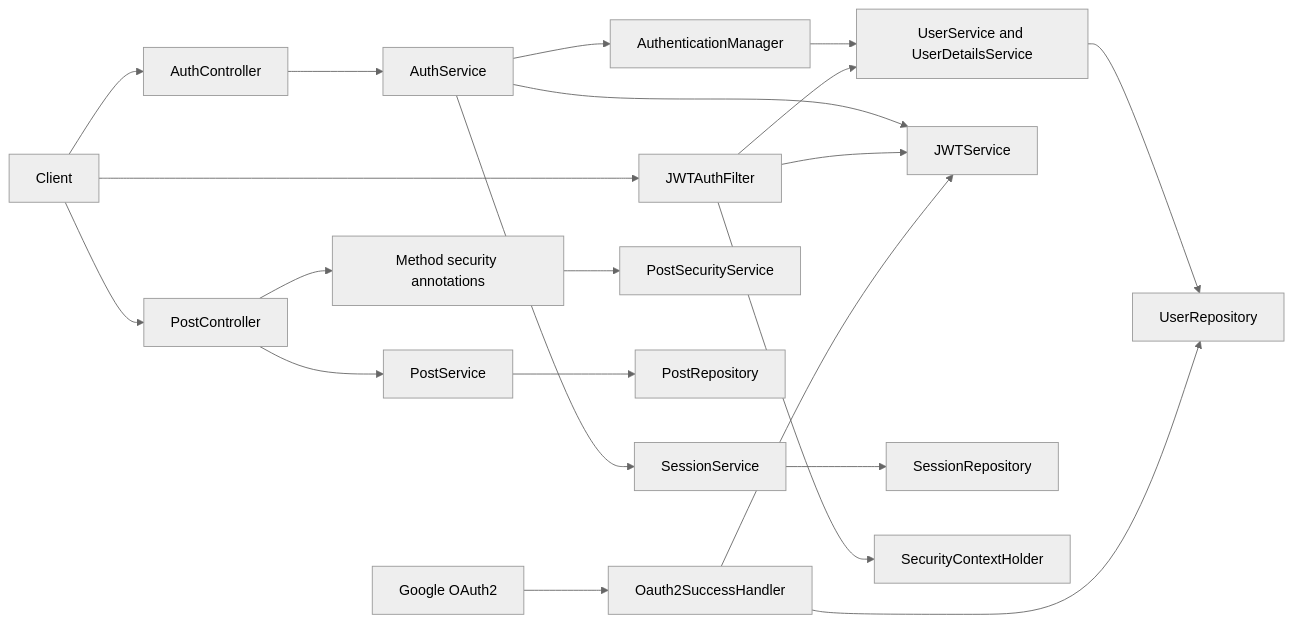
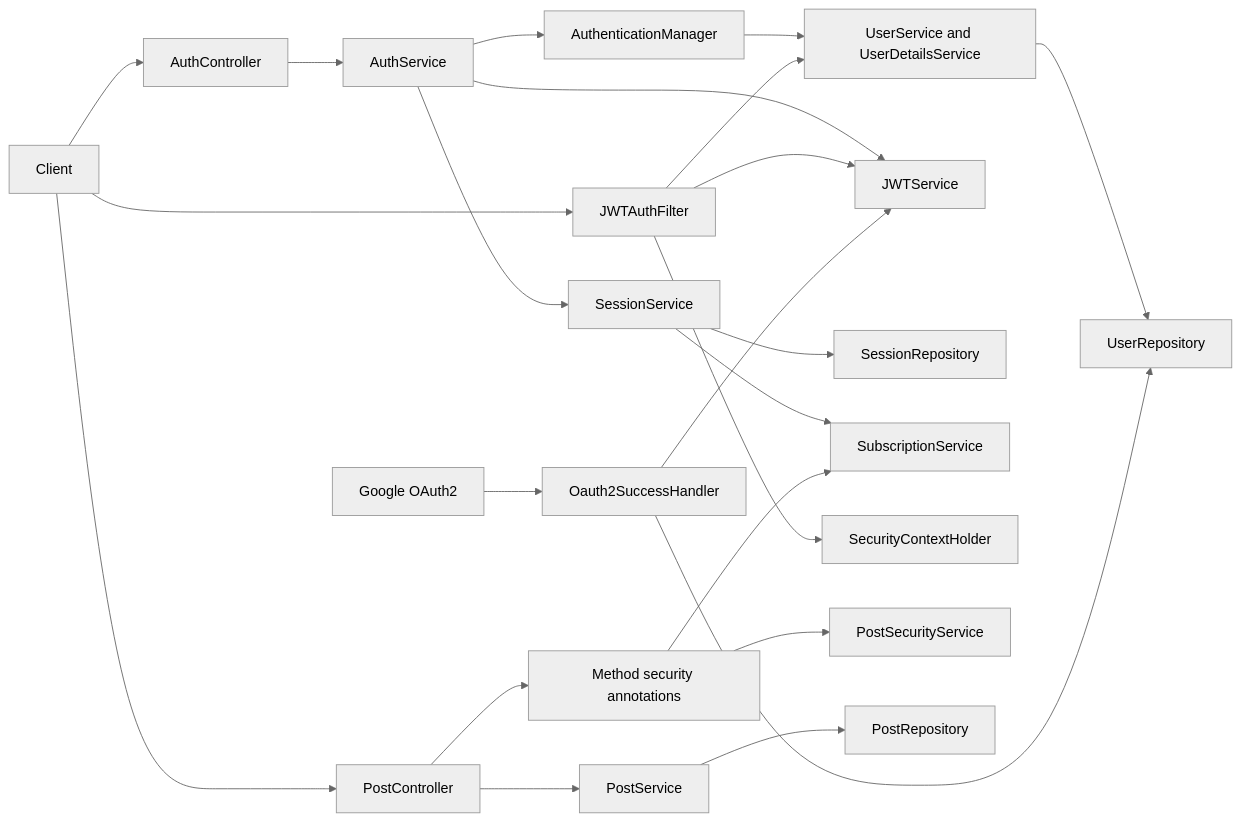
Before and after one commit to shubhgaur37/SpringBoot: the ninth of 11 diagrams in M5_Spring_Security_Demo/README.md, drawn with Mermaid (neutral theme). The commit also changed other lines of this file and 1 other file, not shown here.

````diff
--- a/M5_Spring_Security_Demo/README.md
+++ b/M5_Spring_Security_Demo/README.md
@@ -481,27 +532,29 @@
 ```mermaid
 flowchart LR
     Client["Client"] --> AuthController["AuthController"]
     Client --> PostController["PostController"]
 
     AuthController --> AuthService["AuthService"]
     AuthService --> AuthenticationManager["AuthenticationManager"]
     AuthenticationManager --> UserService["UserService and UserDetailsService"]
     UserService --> UserRepository["UserRepository"]
     AuthService --> JWTService["JWTService"]
     AuthService --> SessionService["SessionService"]
     SessionService --> SessionRepository["SessionRepository"]
+    SessionService --> SubscriptionService["SubscriptionService"]
 
     Client --> JWTAuthFilter["JWTAuthFilter"]
     JWTAuthFilter --> JWTService
     JWTAuthFilter --> UserService
     JWTAuthFilter --> SecurityContext["SecurityContextHolder"]
 
     PostController --> MethodSecurity["Method security annotations"]
     MethodSecurity --> PostSecurityService["PostSecurityService"]
+    MethodSecurity --> SubscriptionService
     PostController --> PostService["PostService"]
     PostService --> PostRepository["PostRepository"]
 
     OAuthProvider["Google OAuth2"] --> Oauth2SuccessHandler["Oauth2SuccessHandler"]
     Oauth2SuccessHandler --> UserRepository
     Oauth2SuccessHandler --> JWTService
 ```
````
